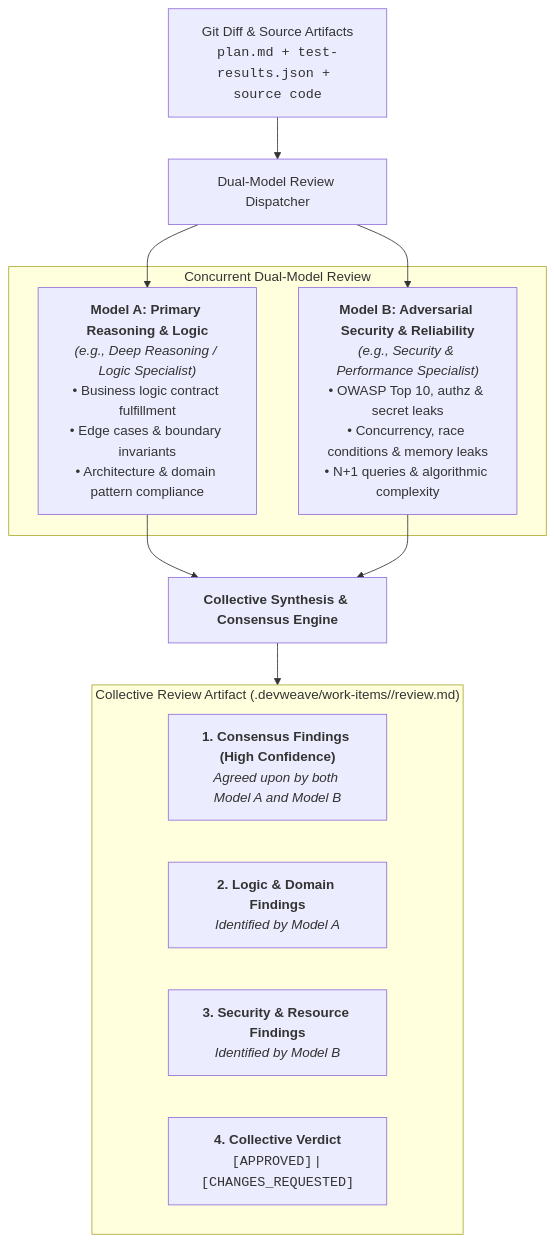
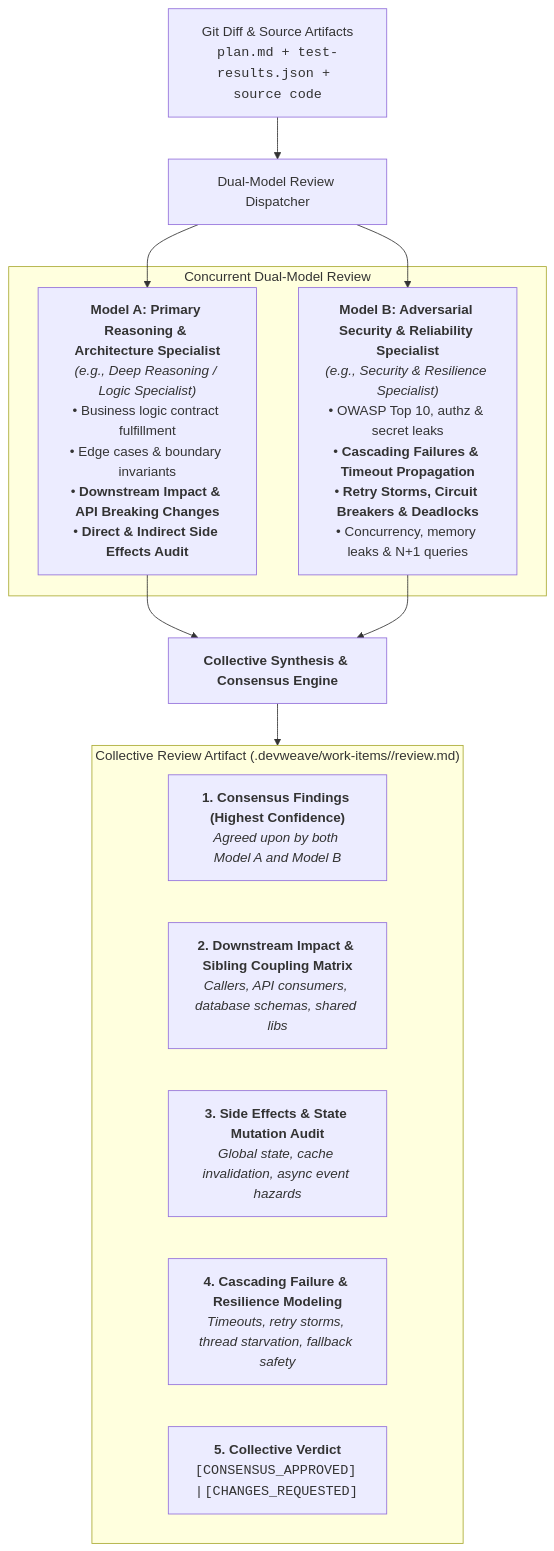
The diagram in spec/specification/dual-model-review.md (paarthivnaik/DevWeave), drawn with Mermaid before and after one commit. The commit also changed other lines of this file and 3 other files, not shown here.

Commit message:
feat(review): mandate downstream impact, side effects, and cascading failure resilience analysis in dual-model review

````diff
--- a/spec/specification/dual-model-review.md
+++ b/spec/specification/dual-model-review.md
@@ -9,24 +9,25 @@
 ```mermaid
 flowchart TD
     DIFF["Git Diff & Source Artifacts<br><code>plan.md + test-results.json + source code</code>"] --> DISPATCH["Dual-Model Review Dispatcher"]
 
     subgraph DUAL_MODELS["Concurrent Dual-Model Review"]
-        MA["<b>Model A: Primary Reasoning & Logic</b><br><i>(e.g., Deep Reasoning / Logic Specialist)</i><br>• Business logic contract fulfillment<br>• Edge cases & boundary invariants<br>• Architecture & domain pattern compliance"]
-        MB["<b>Model B: Adversarial Security & Reliability</b><br><i>(e.g., Security & Performance Specialist)</i><br>• OWASP Top 10, authz & secret leaks<br>• Concurrency, race conditions & memory leaks<br>• N+1 queries & algorithmic complexity"]
+        MA["<b>Model A: Primary Reasoning & Architecture Specialist</b><br><i>(e.g., Deep Reasoning / Logic Specialist)</i><br>• Business logic contract fulfillment<br>• Edge cases & boundary invariants<br>• <b>Downstream Impact & API Breaking Changes</b><br>• <b>Direct & Indirect Side Effects Audit</b>"]
+        MB["<b>Model B: Adversarial Security & Reliability Specialist</b><br><i>(e.g., Security & Resilience Specialist)</i><br>• OWASP Top 10, authz & secret leaks<br>• <b>Cascading Failures & Timeout Propagation</b><br>• <b>Retry Storms, Circuit Breakers & Deadlocks</b><br>• Concurrency, memory leaks & N+1 queries"]
     end
 
     DISPATCH --> MA
     DISPATCH --> MB
 
     MA --> SYNTH["<b>Collective Synthesis & Consensus Engine</b>"]
     MB --> SYNTH
 
     subgraph OUTPUT["Collective Review Artifact (.devweave/work-items/<ID>/review.md)"]
-        CONF["<b>1. Consensus Findings (High Confidence)</b><br><i>Agreed upon by both Model A and Model B</i>"]
-        SPEC_A["<b>2. Logic & Domain Findings</b><br><i>Identified by Model A</i>"]
-        SPEC_B["<b>3. Security & Resource Findings</b><br><i>Identified by Model B</i>"]
-        DECISION["<b>4. Collective Verdict</b><br><code>[APPROVED]</code> | <code>[CHANGES_REQUESTED]</code>"]
+        CONF["<b>1. Consensus Findings (Highest Confidence)</b><br><i>Agreed upon by both Model A and Model B</i>"]
+        IMPACT["<b>2. Downstream Impact & Sibling Coupling Matrix</b><br><i>Callers, API consumers, database schemas, shared libs</i>"]
+        EFFECTS["<b>3. Side Effects & State Mutation Audit</b><br><i>Global state, cache invalidation, async event hazards</i>"]
+        CASCADE["<b>4. Cascading Failure & Resilience Modeling</b><br><i>Timeouts, retry storms, thread starvation, fallback safety</i>"]
+        DECISION["<b>5. Collective Verdict</b><br><code>[CONSENSUS_APPROVED]</code> | <code>[CHANGES_REQUESTED]</code>"]
     end
 
     SYNTH --> OUTPUT
 ```
````
